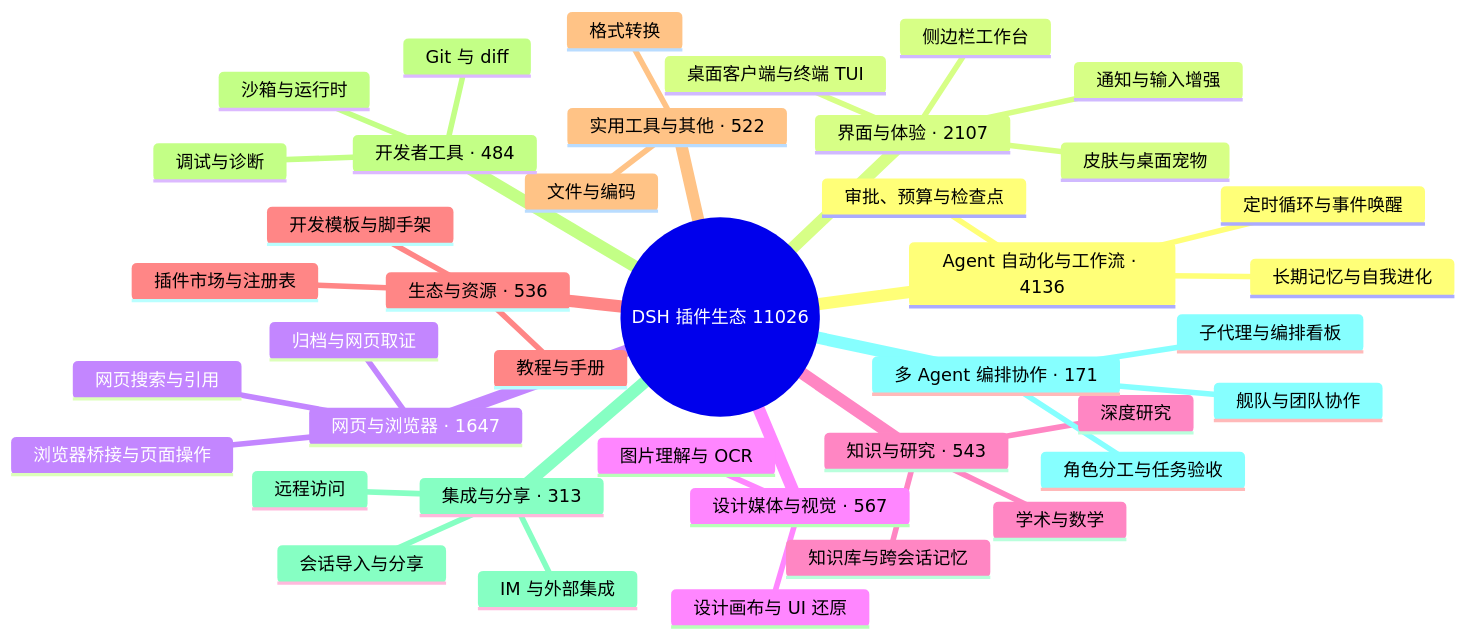
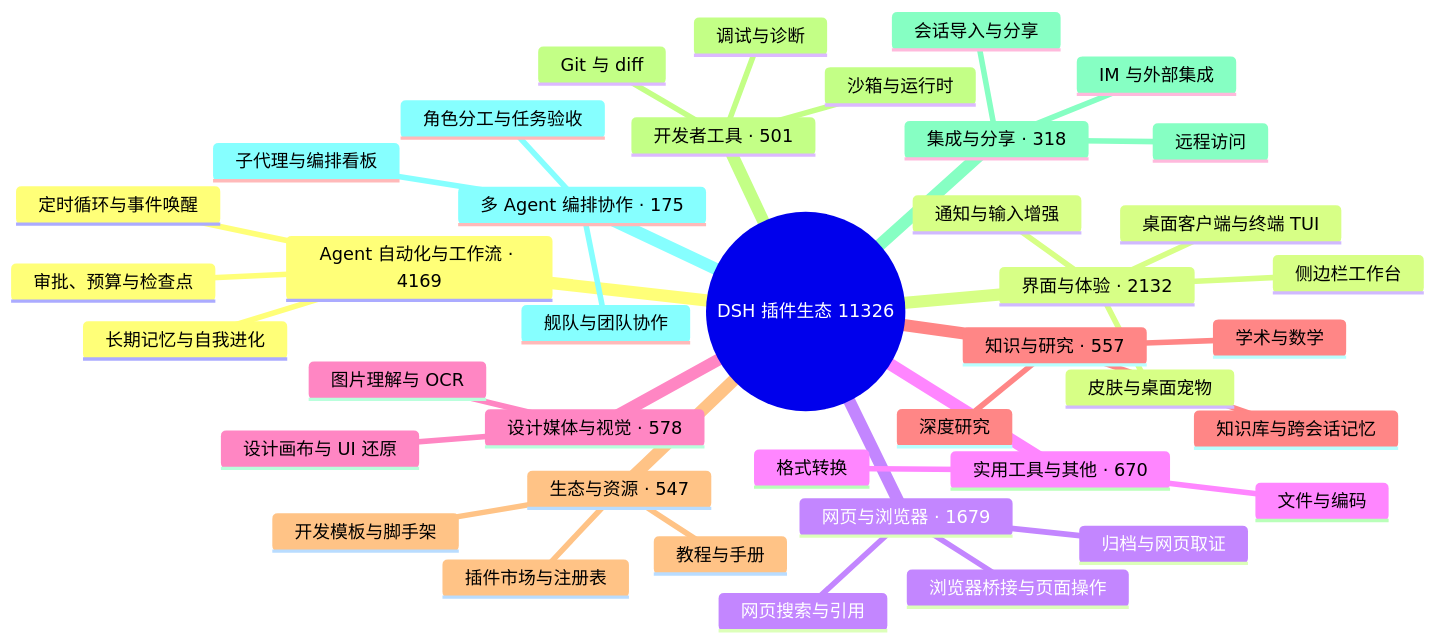
Before and after one commit to the-beating-light-of-the-nail/dsh-meme-hub-site: the diagram in public/readmes/bruc3van-awesome-dsh-plugin.md, drawn with Mermaid. The commit also changed other lines of this file and 273 other files, not shown here.

````diff
--- a/public/readmes/bruc3van-awesome-dsh-plugin.md
+++ b/public/readmes/bruc3van-awesome-dsh-plugin.md
@@ -33,43 +33,43 @@
 ```mermaid
 mindmap
-  root((DSH 插件生态 11026))
-    Agent 自动化与工作流 · 4136
+  root((DSH 插件生态 11326))
+    Agent 自动化与工作流 · 4169
       定时循环与事件唤醒
       长期记忆与自我进化
       审批、预算与检查点
-    界面与体验 · 2107
+    界面与体验 · 2132
       桌面客户端与终端 TUI
       侧边栏工作台
       皮肤与桌面宠物
       通知与输入增强
-    网页与浏览器 · 1647
+    网页与浏览器 · 1679
       浏览器桥接与页面操作
       网页搜索与引用
       归档与网页取证
-    设计媒体与视觉 · 567
+    实用工具与其他 · 670
+      文件与编码
+      格式转换
+    设计媒体与视觉 · 578
       图片理解与 OCR
       设计画布与 UI 还原
-    知识与研究 · 543
+    知识与研究 · 557
       知识库与跨会话记忆
       深度研究
       学术与数学
-    生态与资源 · 536
+    生态与资源 · 547
       插件市场与注册表
       开发模板与脚手架
       教程与手册
-    实用工具与其他 · 522
-      文件与编码
-      格式转换
-    开发者工具 · 484
+    开发者工具 · 501
       Git 与 diff
       沙箱与运行时
       调试与诊断
-    集成与分享 · 313
+    集成与分享 · 318
       会话导入与分享
       远程访问
       IM 与外部集成
-    多 Agent 编排协作 · 171
+    多 Agent 编排协作 · 175
       子代理与编排看板
       舰队与团队协作
       角色分工与任务验收
 ```
````
